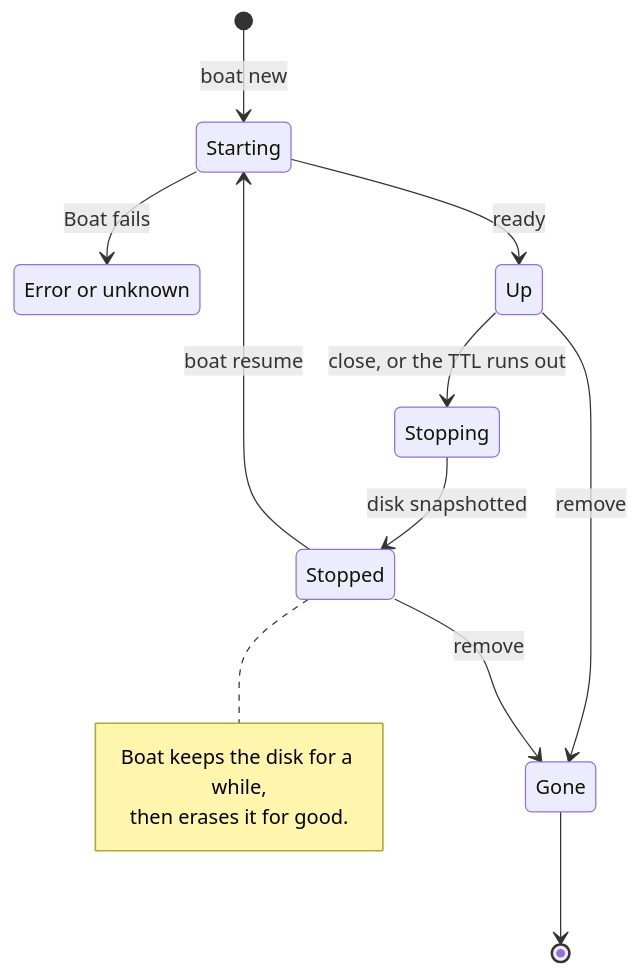
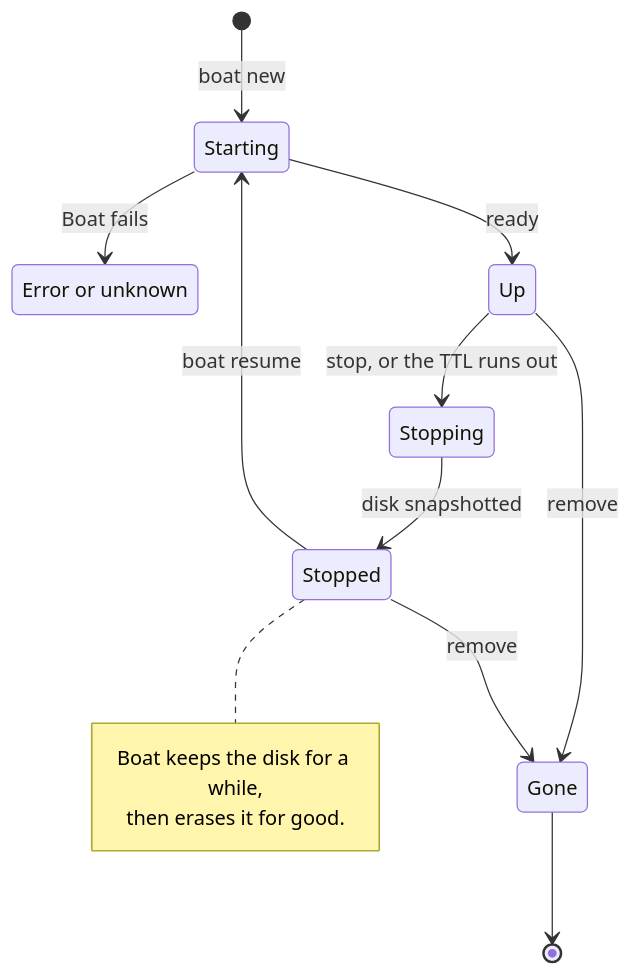
The second of 8 diagrams in docs/providers/boat.md (NextNodeSolutions/workspace), drawn with Mermaid before and after one commit. The commit also changed other lines of this file and 15 other files, not shown here.

First line of the commit message:
feat: rename boot to start and close to stop

````diff
--- a/docs/providers/boat.md
+++ b/docs/providers/boat.md
@@ -59,17 +59,17 @@
 ```mermaid
 stateDiagram-v2
     state "Error or unknown" as Other
     [*] --> Starting: boat new
     Starting --> Up: ready
     Starting --> Other: Boat fails
-    Up --> Stopping: close, or the TTL runs out
+    Up --> Stopping: stop, or the TTL runs out
     Stopping --> Stopped: disk snapshotted
     Stopped --> Starting: boat resume
     Up --> Gone: remove
     Stopped --> Gone: remove
     Gone --> [*]
     note right of Stopped
         Boat keeps the disk for a while,
         then erases it for good.
     end note
 ```
````
